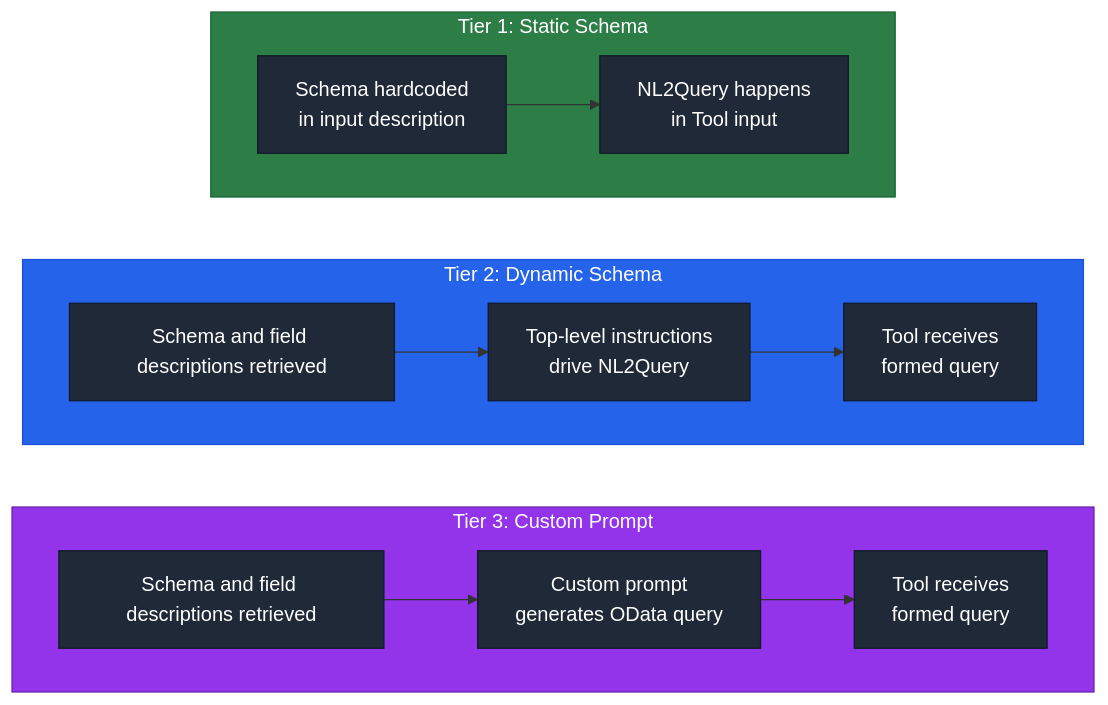
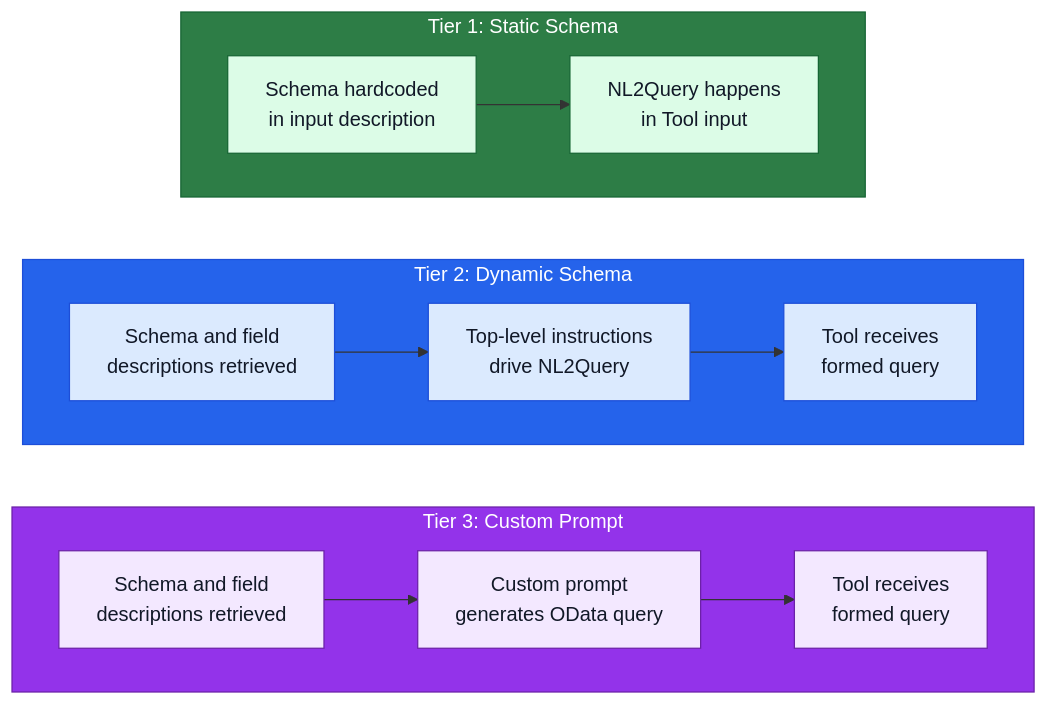
One commit to KarimaKT/mcscatblog changed the second of 3 diagrams in _posts/2026-04-30-tool-inputs-sharepoint-list.md. Above: the diagram before and after it, drawn with Mermaid.

Commit message:
Soften tier diagram with pastel inner boxes; fix label wrapping

````diff
--- a/_posts/2026-04-30-tool-inputs-sharepoint-list.md
+++ b/_posts/2026-04-30-tool-inputs-sharepoint-list.md
@@ -252,30 +252,30 @@
 ```mermaid
 flowchart TB
     subgraph T1["Tier 1: Static Schema"]
         direction LR
         A1["Schema hardcoded<br>in input description"] --> B1["NL2Query happens<br>in Tool input"]
     end
     subgraph T2["Tier 2: Dynamic Schema"]
         direction LR
-        B2["Schema and field descriptions retrieved"] --> D2["Top-level instructions<br>drive NL2Query"] --> E2["Tool receives<br>formed query"]
+        B2["Schema and field<br>descriptions retrieved"] --> D2["Top-level instructions<br>drive NL2Query"] --> E2["Tool receives<br>formed query"]
     end
     subgraph T3["Tier 3: Custom Prompt"]
         direction LR
-        A2["Schema and field descriptions retrieved"] --> B3["Custom prompt<br>generates OData query"] --> C3["Tool receives<br>formed query"]
+        A2["Schema and field<br>descriptions retrieved"] --> B3["Custom prompt<br>generates OData query"] --> C3["Tool receives<br>formed query"]
     end
 
     T1 ~~~ T2
     T2 ~~~ T3
 
     style T1 fill:#2d7d46,stroke:#166534,color:#ffffff
     style T2 fill:#2563eb,stroke:#1d4ed8,color:#ffffff
     style T3 fill:#9333ea,stroke:#6b21a8,color:#ffffff
-    style A1 fill:#1f2937,stroke:#111827,color:#ffffff
-    style B1 fill:#1f2937,stroke:#111827,color:#ffffff
-    style B2 fill:#1f2937,stroke:#111827,color:#ffffff
-    style D2 fill:#1f2937,stroke:#111827,color:#ffffff
-    style E2 fill:#1f2937,stroke:#111827,color:#ffffff
-    style A2 fill:#1f2937,stroke:#111827,color:#ffffff
-    style B3 fill:#1f2937,stroke:#111827,color:#ffffff
-    style C3 fill:#1f2937,stroke:#111827,color:#ffffff
+    style A1 fill:#dcfce7,stroke:#166534,color:#111827
+    style B1 fill:#dcfce7,stroke:#166534,color:#111827
+    style B2 fill:#dbeafe,stroke:#1d4ed8,color:#111827
+    style D2 fill:#dbeafe,stroke:#1d4ed8,color:#111827
+    style E2 fill:#dbeafe,stroke:#1d4ed8,color:#111827
+    style A2 fill:#f3e8ff,stroke:#6b21a8,color:#111827
+    style B3 fill:#f3e8ff,stroke:#6b21a8,color:#111827
+    style C3 fill:#f3e8ff,stroke:#6b21a8,color:#111827
 ```
````
